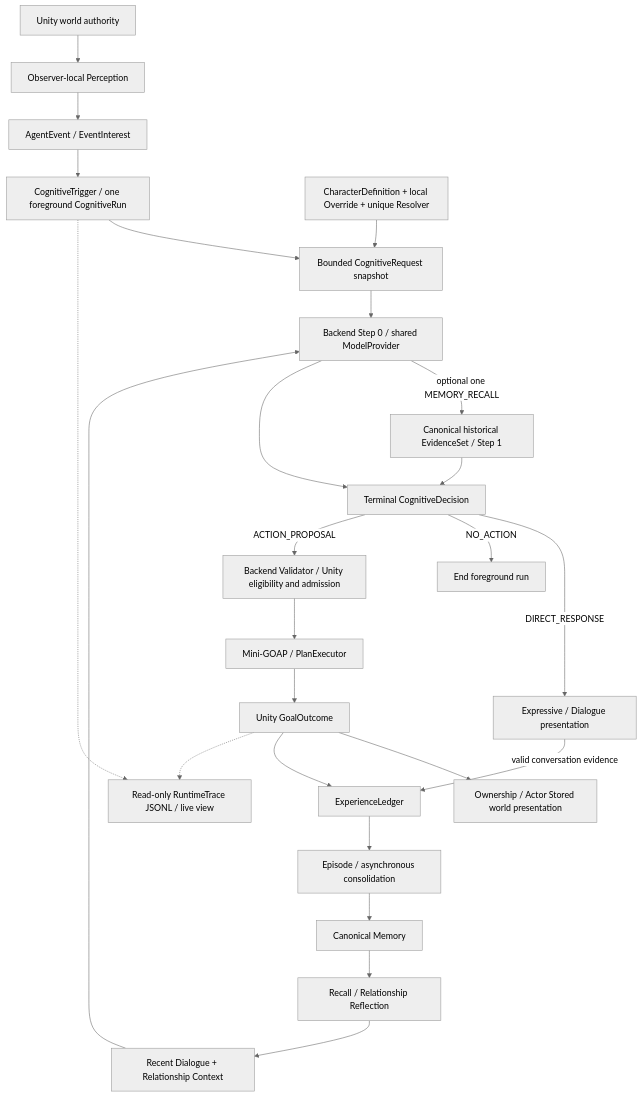
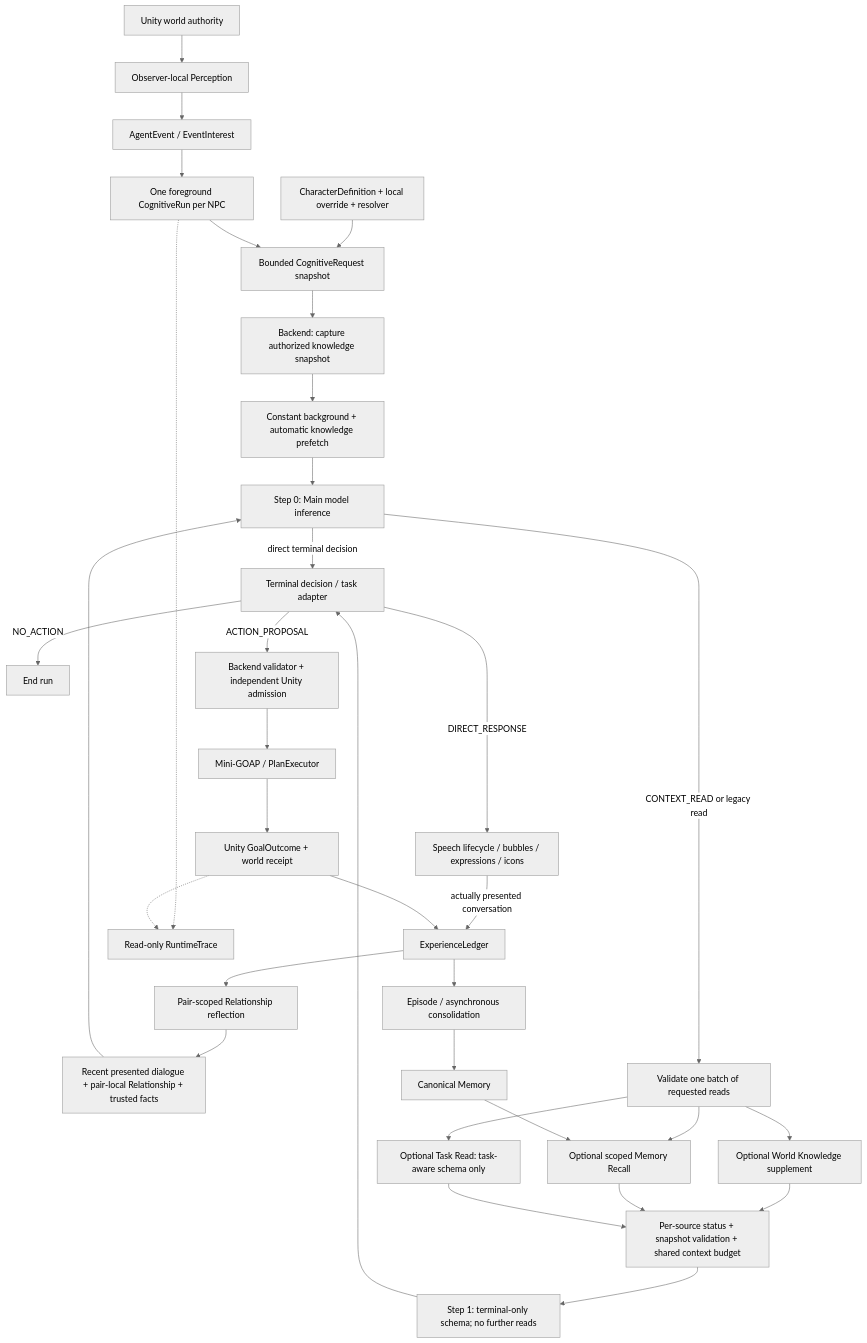
The diagram in Docs/ARCHITECTURE.md (LYFshota/EmbodiedNPC), drawn with Mermaid (neutral theme) before and after one commit. The commit also changed other lines of this file and 5 other files, not shown here.

Commit message:
docs: align architecture with v0.1.3 hybrid cognition and presentation

````diff
--- a/Docs/ARCHITECTURE.md
+++ b/Docs/ARCHITECTURE.md
@@ -7,27 +7,36 @@
 ```mermaid
 flowchart TD
-    W[Unity world authority] --> P[Observer-local Perception]
-    P --> E[AgentEvent / EventInterest]
-    E --> R[CognitiveTrigger / one foreground CognitiveRun]
-    CP[CharacterDefinition + local Override + unique Resolver] --> C[Bounded CognitiveRequest snapshot]
+    W["Unity world authority"] --> P["Observer-local Perception"]
+    P --> E["AgentEvent / EventInterest"]
+    E --> R["One foreground CognitiveRun per NPC"]
+    CP["CharacterDefinition + local override + resolver"] --> C["Bounded CognitiveRequest snapshot"]
     R --> C
-    C --> B[Backend Step 0 / shared ModelProvider]
-    RD[Recent Dialogue + Relationship Context] --> B
-    B -->|optional one MEMORY_RECALL| M[Canonical historical EvidenceSet / Step 1]
-    B --> D[Terminal CognitiveDecision]
-    M --> D
-    D -->|DIRECT_RESPONSE| V[Expressive / Dialogue presentation]
-    D -->|NO_ACTION| END[End foreground run]
-    D -->|ACTION_PROPOSAL| A[Backend Validator / Unity eligibility and admission]
-    A --> X[Mini-GOAP / PlanExecutor]
-    X --> O[Unity GoalOutcome]
-    O --> S[Ownership / Actor Stored world presentation]
-    V -->|valid conversation evidence| EX[ExperienceLedger]
+    C --> K["Backend: capture authorized knowledge snapshot"]
+    K --> PRE["Constant background + automatic knowledge prefetch"]
+    PRE --> B["Step 0: Main model inference"]
+    RD["Recent presented dialogue + pair-local Relationship + trusted facts"] --> B
+    B -->|"direct terminal decision"| D["Terminal decision / task adapter"]
+    B -->|"CONTEXT_READ or legacy read"| Q["Validate one batch of requested reads"]
+    Q --> WK["Optional World Knowledge supplement"]
+    Q --> MR["Optional scoped Memory Recall"]
+    Q --> TR["Optional Task Read: task-aware schema only"]
+    WK --> J["Per-source status + snapshot validation + shared context budget"]
+    MR --> J
+    TR --> J
+    J --> S1["Step 1: terminal-only schema; no further reads"]
+    S1 --> D
+    D -->|"DIRECT_RESPONSE"| V["Speech lifecycle / bubbles / expressions / icons"]
+    D -->|"NO_ACTION"| FIN["End run"]
+    D -->|"ACTION_PROPOSAL"| A["Backend validator + independent Unity admission"]
+    A --> X["Mini-GOAP / PlanExecutor"]
+    X --> O["Unity GoalOutcome + world receipt"]
+    V -->|"actually presented conversation"| EX["ExperienceLedger"]
     O --> EX
-    EX --> EP[Episode / asynchronous consolidation]
-    EP --> LM[Canonical Memory]
-    LM --> RC[Recall / Relationship Reflection]
-    RC --> RD
-    R -.-> T[Read-only RuntimeTrace JSONL / live view]
+    EX --> EP["Episode / asynchronous consolidation"]
+    EP --> LM["Canonical Memory"]
+    LM --> MR
+    EX --> RR["Pair-scoped Relationship reflection"]
+    RR --> RD
+    R -.-> T["Read-only RuntimeTrace"]
     O -.-> T
 ```
````
